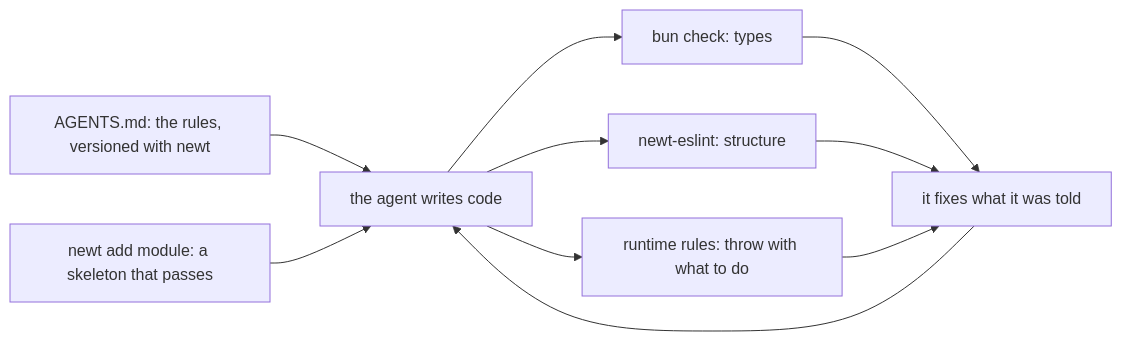
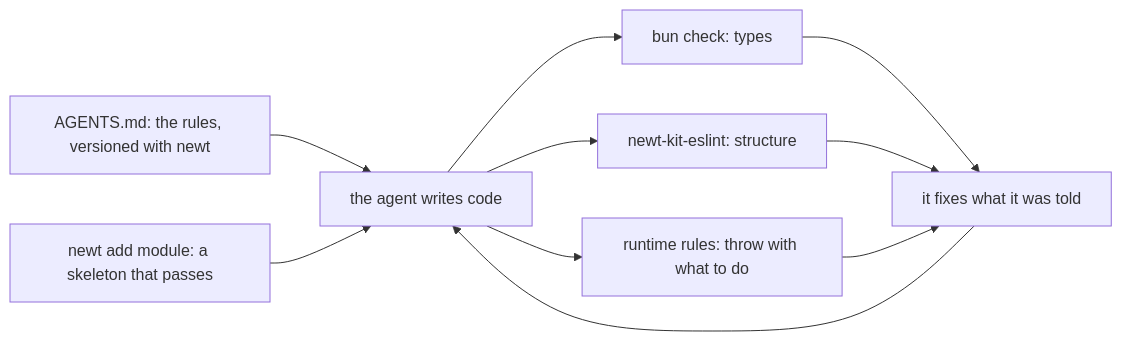
One commit to aromero86/newt changed the first of 2 diagrams in web/manual/33-agents.md. Above: the diagram before and after it, drawn with Mermaid. The commit also changed other lines of this file and 641 other files, not shown here.

````diff
--- a/web/manual/33-agents.md
+++ b/web/manual/33-agents.md
@@ -29,12 +29,12 @@
 ```mermaid
 flowchart LR
   R["AGENTS.md: the rules, versioned with newt"] --> A["the agent writes code"]
   S["newt add module: a skeleton that passes"] --> A
   A --> T["bun check: types"]
-  A --> L["newt-eslint: structure"]
+  A --> L["newt-kit-eslint: structure"]
   A --> X["runtime rules: throw with what to do"]
   T --> F["it fixes what it was told"]
   L --> F
   X --> F
   F --> A
 ```
````
